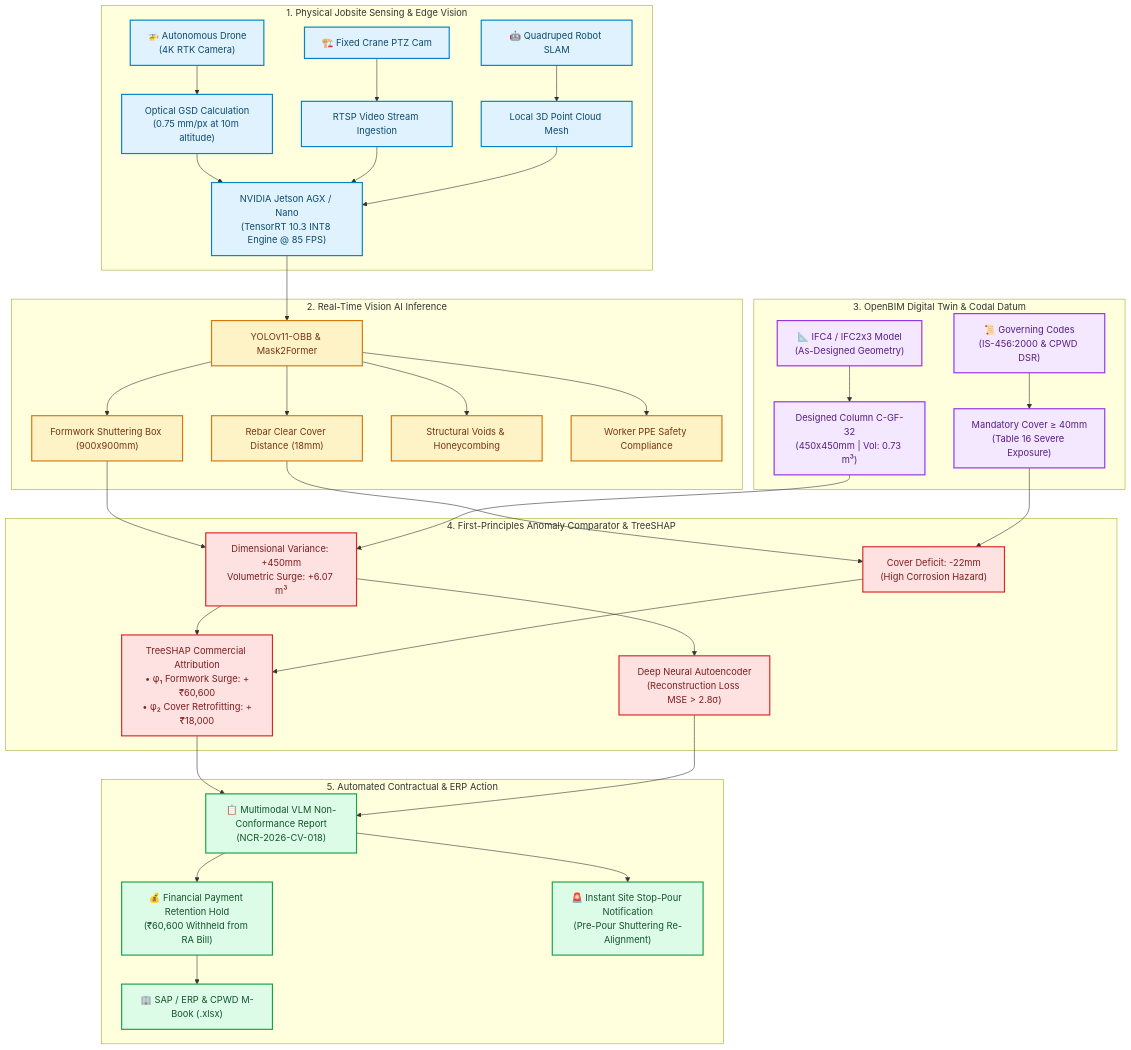
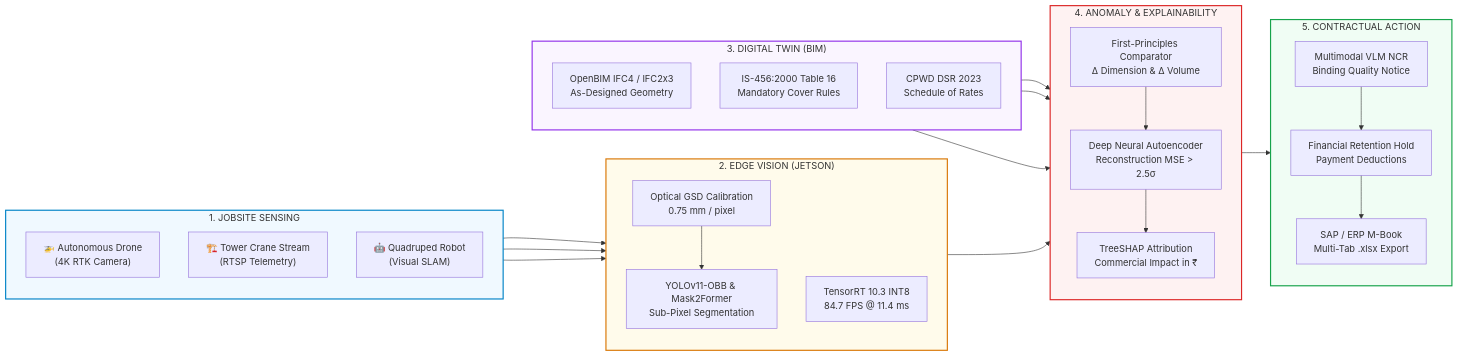
Before and after one commit to pravinkumardatafreak/openbim-boq-variance-engine: the diagram in README.md, drawn with Mermaid. The commit also changed other lines of this file, not shown here.

Commit message:
docs: upgrade to clean horizontal Mermaid pipeline and layer-by-layer architectural specification matrix

````diff
--- a/README.md
+++ b/README.md
@@ -34,48 +34,58 @@
 ```mermaid
-flowchart TD
-    subgraph SENSING["1. Physical Jobsite Sensing & Edge Vision"]
-        D1["🚁 Autonomous Drone<br/>(4K RTK Camera)"] --> GSD["Optical GSD Calculation<br/>(0.75 mm/px at 10m altitude)"]
-        D2["🏗️ Fixed Crane PTZ Cam"] --> RTSP["RTSP Video Stream Ingestion"]
-        D3["🤖 Quadruped Robot SLAM"] --> MESH["Local 3D Point Cloud Mesh"]
-        GSD & RTSP & MESH --> JETSON["NVIDIA Jetson AGX / Nano<br/>(TensorRT 10.3 INT8 Engine @ 85 FPS)"]
+flowchart LR
+    %% 5-Stage Enterprise Pipeline (Left-to-Right Flow)
+    subgraph STAGE1["1. JOBSITE SENSING"]
+        direction TB
+        A1["🚁 Autonomous Drone<br/>(4K RTK Camera)"]
+        A2["🏗️ Tower Crane Stream<br/>(RTSP Telemetry)"]
+        A3["🤖 Quadruped Robot<br/>(Visual SLAM)"]
     end
 
-    subgraph DETECTION["2. Real-Time Vision AI Inference"]
-        JETSON --> YOL["YOLOv11-OBB & Mask2Former"]
-        YOL --> F1["Formwork Shuttering Box (900x900mm)"]
-        YOL --> F2["Rebar Clear Cover Distance (18mm)"]
-        YOL --> F3["Structural Voids & Honeycombing"]
-        YOL --> F4["Worker PPE Safety Compliance"]
+    subgraph STAGE2["2. EDGE VISION (JETSON)"]
+        direction TB
+        B1["Optical GSD Calibration<br/>0.75 mm / pixel"]
+        B2["TensorRT 10.3 INT8<br/>84.7 FPS @ 11.4 ms"]
+        B3["YOLOv11-OBB & Mask2Former<br/>Sub-Pixel Segmentation"]
     end
 
-    subgraph TWIN["3. OpenBIM Digital Twin & Codal Datum"]
-        BIM["📐 IFC4 / IFC2x3 Model<br/>(As-Designed Geometry)"] --> TGT["Designed Column C-GF-32<br/>(450x450mm | Vol: 0.73 m³)"]
-        STD["📜 Governing Codes<br/>(IS-456:2000 & CPWD DSR)"] --> COV["Mandatory Cover ≥ 40mm<br/>(Table 16 Severe Exposure)"]
+    subgraph STAGE3["3. DIGITAL TWIN (BIM)"]
+        direction TB
+        C1["OpenBIM IFC4 / IFC2x3<br/>As-Designed Geometry"]
+        C2["IS-456:2000 Table 16<br/>Mandatory Cover Rules"]
+        C3["CPWD DSR 2023<br/>Schedule of Rates"]
     end
 
-    subgraph COMPARATOR["4. First-Principles Anomaly Comparator & TreeSHAP"]
-        F1 & TGT --> VDIFF["Dimensional Variance: +450mm<br/>Volumetric Surge: +6.07 m³"]
-        F2 & COV --> CDIFF["Cover Deficit: -22mm<br/>(High Corrosion Hazard)"]
-        VDIFF & CDIFF --> SHAP["TreeSHAP Commercial Attribution<br/>• φ₁ Formwork Surge: +₹60,600<br/>• φ₂ Cover Retrofitting: +₹18,000"]
-        VDIFF --> DL["Deep Neural Autoencoder<br/>(Reconstruction Loss MSE > 2.8σ)"]
+    subgraph STAGE4["4. ANOMALY & EXPLAINABILITY"]
+        direction TB
+        D1["First-Principles Comparator<br/>Δ Dimension & Δ Volume"]
+        D2["Deep Neural Autoencoder<br/>Reconstruction MSE > 2.5σ"]
+        D3["TreeSHAP Attribution<br/>Commercial Impact in ₹"]
     end
 
-    subgraph ACTION["5. Automated Contractual & ERP Action"]
-        SHAP & DL --> NCR["📋 Multimodal VLM Non-Conformance Report<br/>(NCR-2026-CV-018)"]
-        NCR --> HOLD["💰 Financial Payment Retention Hold<br/>(₹60,600 Withheld from RA Bill)"]
-        NCR --> STOP["🚨 Instant Site Stop-Pour Notification<br/>(Pre-Pour Shuttering Re-Alignment)"]
-        HOLD --> SAP["🏢 SAP / ERP & CPWD M-Book (.xlsx)"]
+    subgraph STAGE5["5. CONTRACTUAL ACTION"]
+        direction TB
+        E1["Multimodal VLM NCR<br/>Binding Quality Notice"]
+        E2["Financial Retention Hold<br/>Payment Deductions"]
+        E3["SAP / ERP M-Book<br/>Multi-Tab .xlsx Export"]
     end
 
-    classDef sensing fill:#e0f2fe,stroke:#0284c7,stroke-width:2px,color:#0c4a6e;
-    classDef detection fill:#fef3c7,stroke:#d97706,stroke-width:2px,color:#78350f;
-    classDef twin fill:#f3e8ff,stroke:#9333ea,stroke-width:2px,color:#581c87;
-    classDef comparator fill:#fee2e2,stroke:#dc2626,stroke-width:2px,color:#7f1d1d;
-    classDef action fill:#dcfce7,stroke:#16a34a,stroke-width:2px,color:#14532d;
+    A1 --> B1
+    A2 --> B2
+    A3 --> B2
+    B1 --> B3
+    B3 --> D1
+    C1 --> D1
+    C2 --> D1
+    C3 --> D3
+    D1 --> D2
+    D2 --> D3
+    D3 --> E1
+    E1 --> E2
+    E2 --> E3
 
-    class D1,D2,D3,GSD,RTSP,MESH,JETSON sensing;
-    class YOL,F1,F2,F3,F4 detection;
-    class BIM,TGT,STD,COV twin;
-    class VDIFF,CDIFF,SHAP,DL comparator;
-    class NCR,HOLD,STOP,SAP action;
+    style STAGE1 fill:#f0f9ff,stroke:#0284c7,stroke-width:2px;
+    style STAGE2 fill:#fffbeb,stroke:#d97706,stroke-width:2px;
+    style STAGE3 fill:#faf5ff,stroke:#9333ea,stroke-width:2px;
+    style STAGE4 fill:#fef2f2,stroke:#dc2626,stroke-width:2px;
+    style STAGE5 fill:#f0fdf4,stroke:#16a34a,stroke-width:2px;
 ```
````
